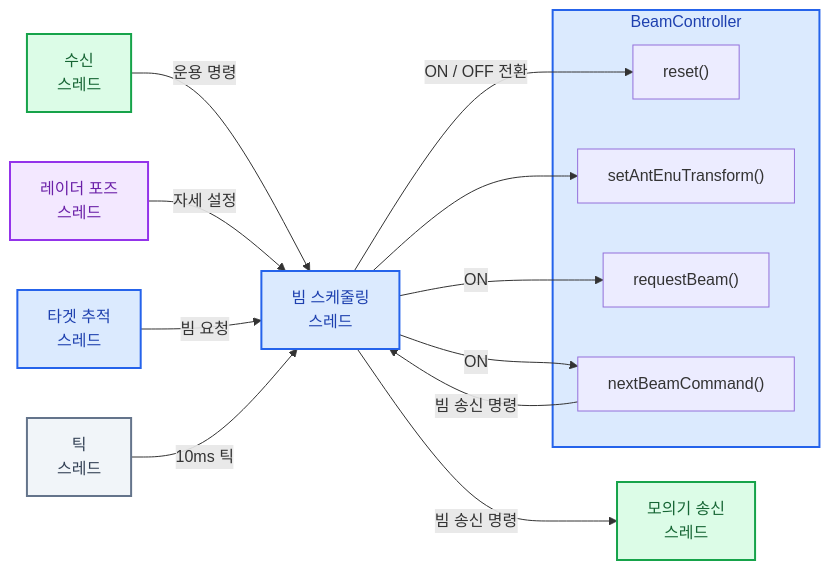
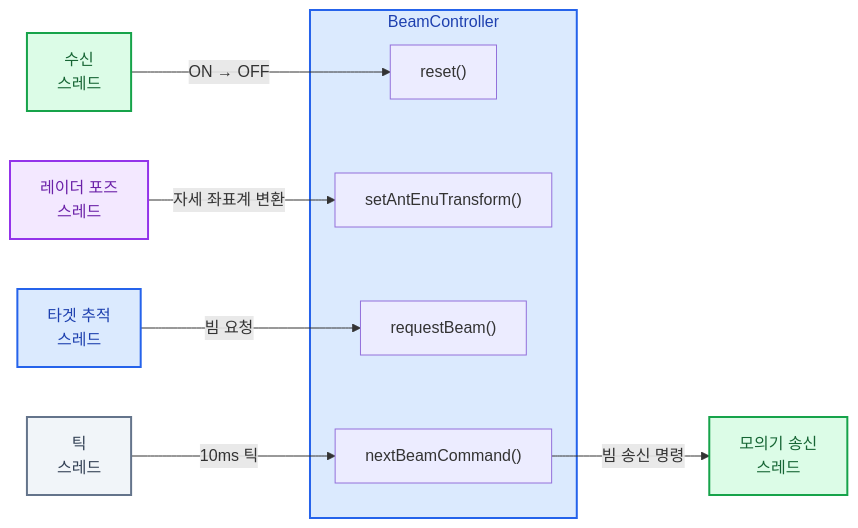
Before and after one commit to AESAlien/aesa-processor: the first of 2 diagrams in src/beam/README.md, drawn with Mermaid. The commit also changed other lines of this file and 9 other files, not shown here.

````diff
--- a/src/beam/README.md
+++ b/src/beam/README.md
@@ -39,38 +39,32 @@
 ```mermaid
 flowchart LR
     CommReceiveWorker[수신<br/>스레드]
     PoseWorker[레이더 포즈<br/>스레드]
     TargetWorker[타겟 추적<br/>스레드]
     TickWorker[틱<br/>스레드]
-    BeamWorker[빔 스케줄링<br/>스레드]
     SimulatorSendWorker[모의기 송신<br/>스레드]
 
     subgraph BeamController
         reset["reset()"]
         setAntEnuTransform["setAntEnuTransform()"]
         requestBeam["requestBeam()"]
         nextBeamCommand["nextBeamCommand()"]
     end
 
-    CommReceiveWorker -->|운용 명령| BeamWorker
-    PoseWorker -->|자세 설정| BeamWorker
-    TargetWorker -->|빔 요청| BeamWorker
-    TickWorker -->|10ms 틱| BeamWorker
-    BeamWorker -->|ON / OFF 전환| reset
-    BeamWorker --> setAntEnuTransform
-    BeamWorker -->|ON| requestBeam
-    BeamWorker -->|ON| nextBeamCommand
-    nextBeamCommand -->|빔 송신 명령| BeamWorker
-    BeamWorker -->|빔 송신 명령| SimulatorSendWorker
+    CommReceiveWorker -->|ON → OFF| reset
+    PoseWorker -->|자세 좌표계 변환| setAntEnuTransform
+    TargetWorker -->|빔 요청| requestBeam
+    TickWorker -->|10ms 틱| nextBeamCommand
+    nextBeamCommand -->|빔 송신 명령| SimulatorSendWorker
 
     classDef communication fill:#DCFCE7,stroke:#16A34A,color:#166534,stroke-width:2px
     classDef processing fill:#DBEAFE,stroke:#2563EB,color:#1E40AF,stroke-width:2px
     classDef utility fill:#F3E8FF,stroke:#9333EA,color:#6B21A8,stroke-width:2px
     classDef control fill:#F1F5F9,stroke:#64748B,color:#334155,stroke-width:2px
 
     class CommReceiveWorker,SimulatorSendWorker communication
-    class TargetWorker,BeamWorker processing
+    class TargetWorker processing
     class PoseWorker utility
     class TickWorker control
     style BeamController fill:#DBEAFE,stroke:#2563EB,color:#1E40AF,stroke-width:2px
 ```
````
